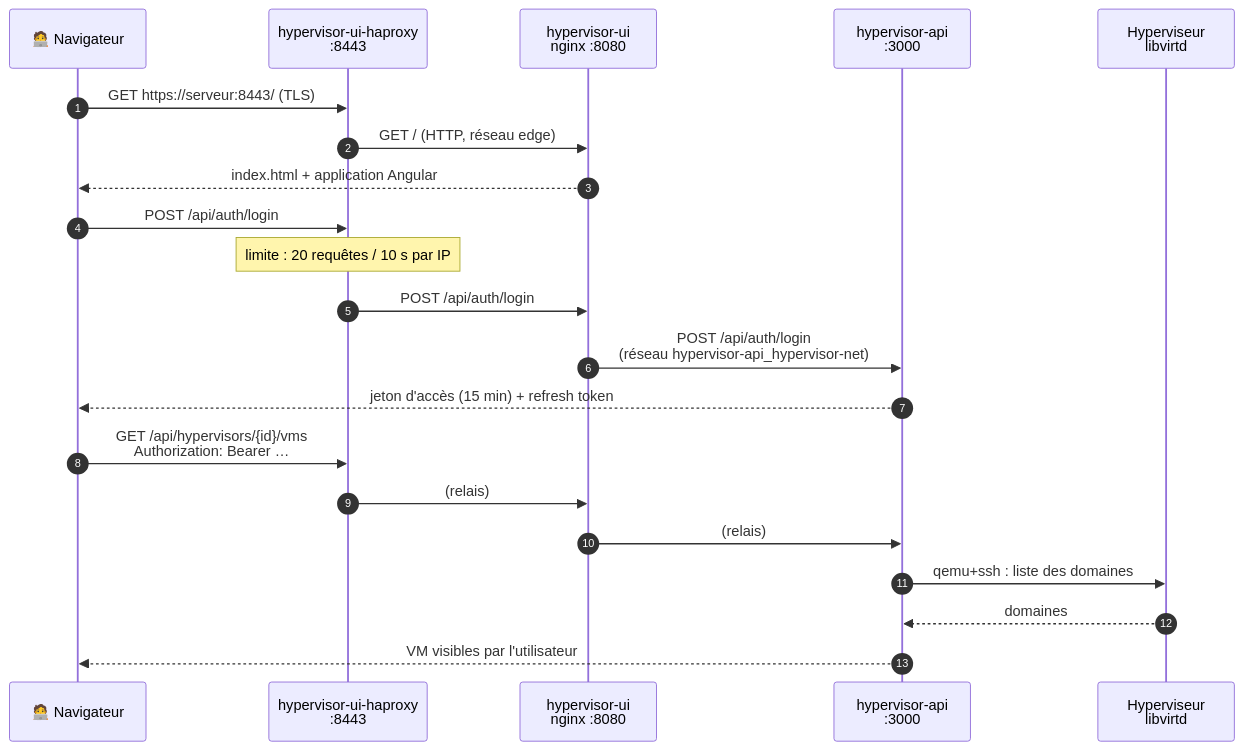
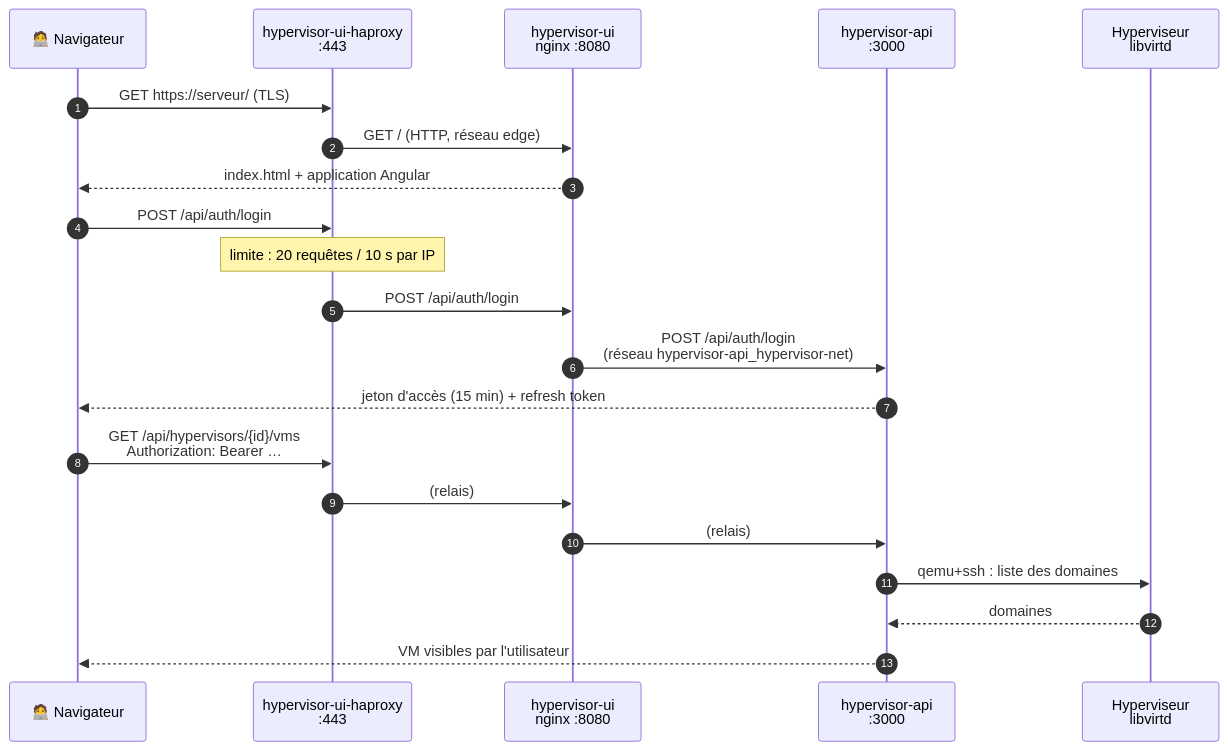
Before and after one commit to remialban/hypervisor-api: the second of 3 diagrams in docs/DOCKER.md, drawn with Mermaid. The commit also changed other lines of this file and 9 other files, not shown here.

````diff
--- a/docs/DOCKER.md
+++ b/docs/DOCKER.md
@@ -177,24 +189,24 @@
 ```mermaid
 sequenceDiagram
     autonumber
     participant N as 🧑‍💻 Navigateur
-    participant H as hypervisor-ui-haproxy<br/>:8443
+    participant H as hypervisor-ui-haproxy<br/>:443
     participant U as hypervisor-ui<br/>nginx :8080
     participant A as hypervisor-api<br/>:3000
     participant K as Hyperviseur<br/>libvirtd
 
-    N->>H: GET https://serveur:8443/ (TLS)
+    N->>H: GET https://serveur/ (TLS)
     H->>U: GET / (HTTP, réseau edge)
     U-->>N: index.html + application Angular
     N->>H: POST /api/auth/login
     Note over H: limite : 20 requêtes / 10 s par IP
     H->>U: POST /api/auth/login
     U->>A: POST /api/auth/login<br/>(réseau hypervisor-api_hypervisor-net)
     A-->>N: jeton d'accès (15 min) + refresh token
     N->>H: GET /api/hypervisors/{id}/vms<br/>Authorization: Bearer …
     H->>U: (relais)
     U->>A: (relais)
     A->>K: qemu+ssh : liste des domaines
     K-->>A: domaines
     A-->>N: VM visibles par l'utilisateur
 ```
````
